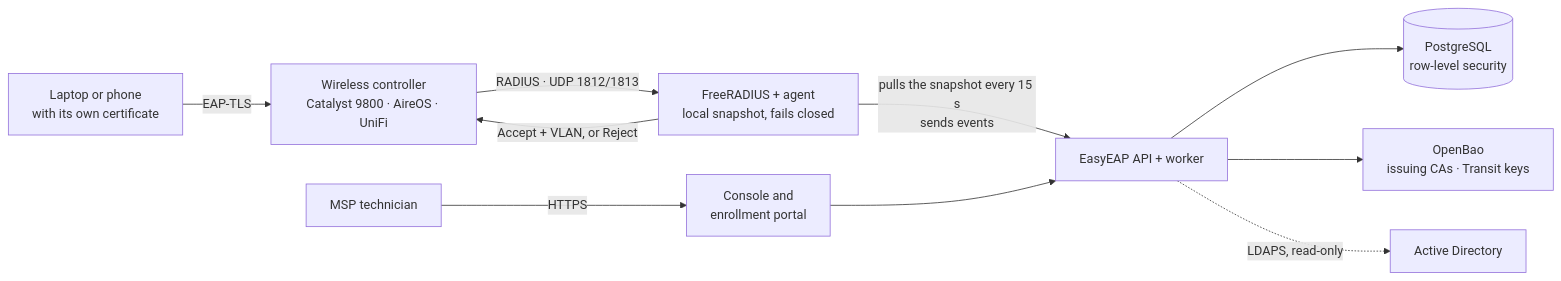
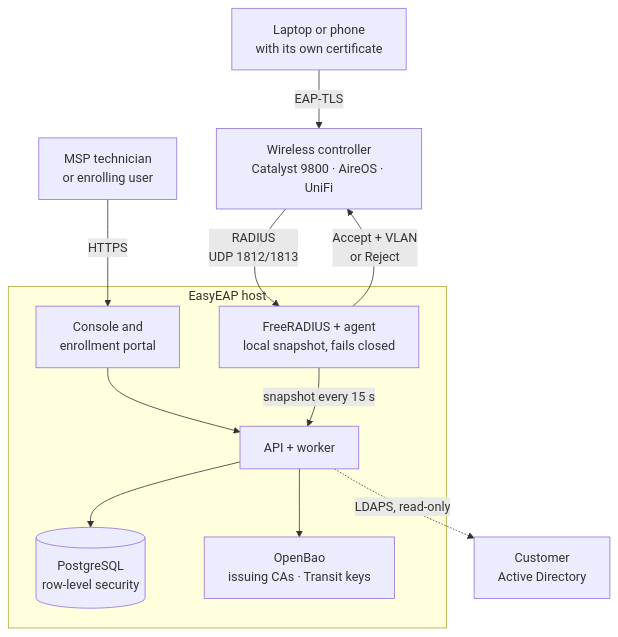
Before and after one commit to paulmataruso/EasyEAP: the diagram in README.md, drawn with Mermaid.

Commit message:
README: a taller, readable diagram of how an authentication flows

````diff
--- a/README.md
+++ b/README.md
@@ -153,11 +153,23 @@
 ```mermaid
-flowchart LR
-  device["Laptop or phone<br/>with its own certificate"] -->|"EAP-TLS"| wlc["Wireless controller<br/>Catalyst 9800 · AireOS · UniFi"]
-  wlc -->|"RADIUS · UDP 1812/1813"| radius["FreeRADIUS + agent<br/>local snapshot, fails closed"]
-  radius -->|"Accept + VLAN, or Reject"| wlc
-  radius -->|"pulls the snapshot every 15 s<br/>sends events"| api["EasyEAP API + worker"]
-  admin["MSP technician"] -->|"HTTPS"| console["Console and<br/>enrollment portal"] --> api
-  api --> db[("PostgreSQL<br/>row-level security")]
-  api --> bao["OpenBao<br/>issuing CAs · Transit keys"]
-  api -.->|"LDAPS, read-only"| ad["Active Directory"]
+flowchart TB
+  device["Laptop or phone<br/>with its own certificate"]
+  wlc["Wireless controller<br/>Catalyst 9800 · AireOS · UniFi"]
+  admin["MSP technician<br/>or enrolling user"]
+  subgraph host["EasyEAP host"]
+    radius["FreeRADIUS + agent<br/>local snapshot, fails closed"]
+    console["Console and<br/>enrollment portal"]
+    api["API + worker"]
+    db[("PostgreSQL<br/>row-level security")]
+    bao["OpenBao<br/>issuing CAs · Transit keys"]
+  end
+  ad["Customer<br/>Active Directory"]
+  device -- "EAP-TLS" --> wlc
+  wlc -- "RADIUS<br/>UDP 1812/1813" --> radius
+  radius -- "Accept + VLAN<br/>or Reject" --> wlc
+  admin -- "HTTPS" --> console
+  console --> api
+  radius -- "snapshot every 15 s" --> api
+  api --> db
+  api --> bao
+  api -. "LDAPS, read-only" .-> ad
 ```
````
